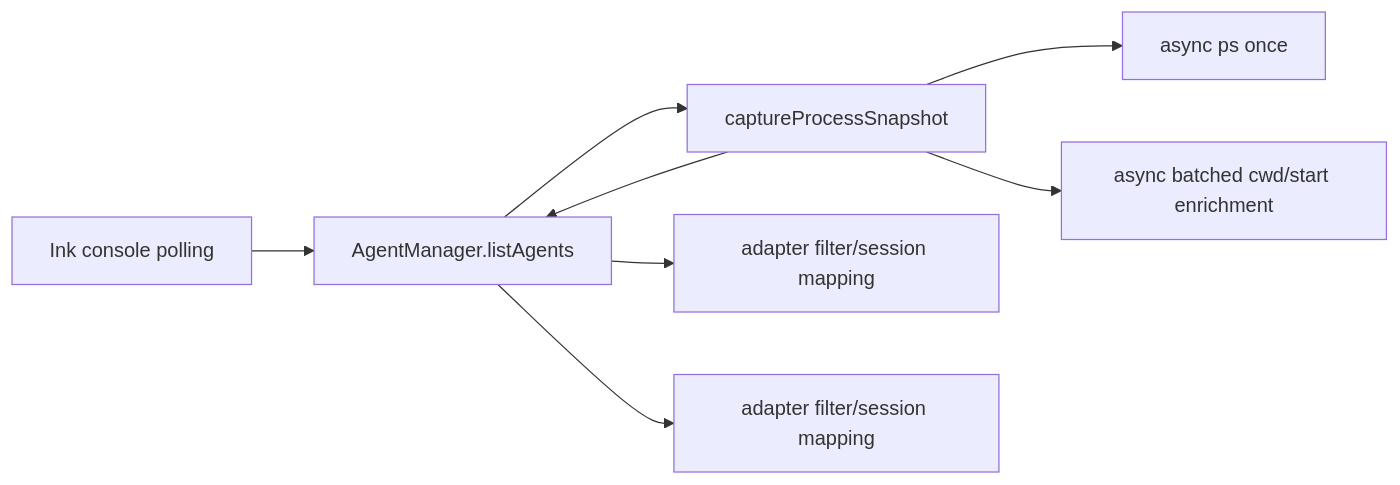
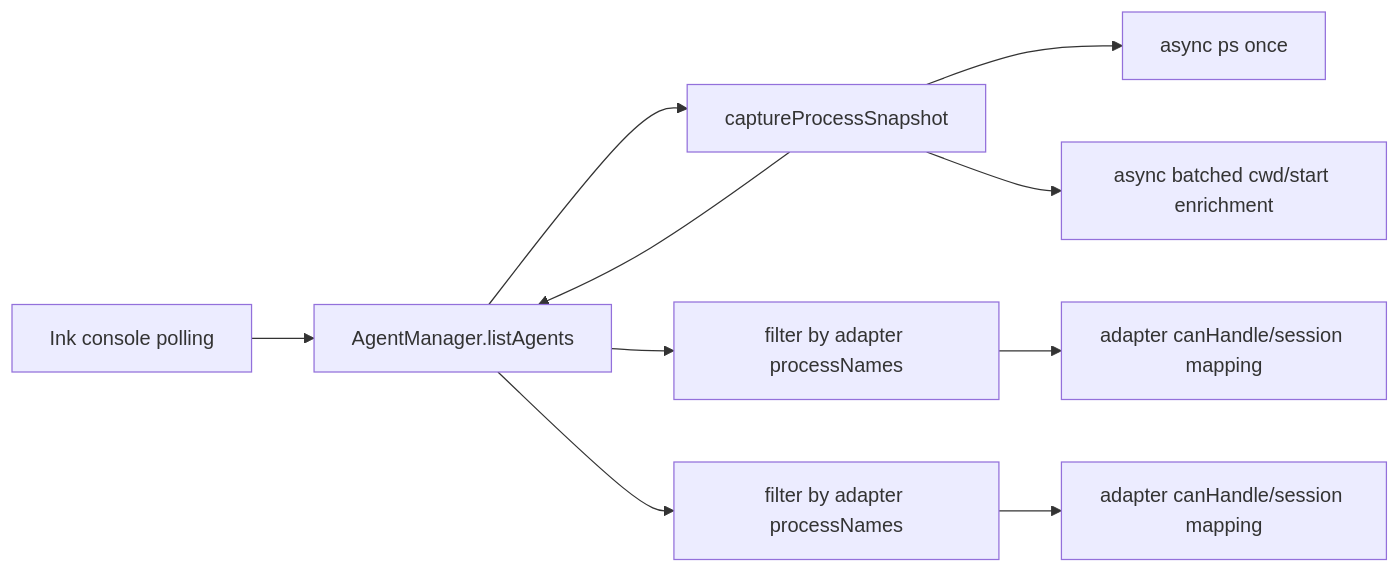
The diagram in docs/ai/design/2026-08-14-feature-console-main-thread-responsiveness.md (codeaholicguy/ai-devkit), drawn with Mermaid before and after one commit. The commit also changed other lines of this file and 22 other files, not shown here.

Commit message:
fix(agent-manager): scope shared process snapshots

````diff
--- a/docs/ai/design/2026-08-14-feature-console-main-thread-responsiveness.md
+++ b/docs/ai/design/2026-08-14-feature-console-main-thread-responsiveness.md
@@ -11,10 +11,12 @@
 ```mermaid
 flowchart LR
     Console[Ink console polling] --> Manager[AgentManager.listAgents]
     Manager --> Snapshot[captureProcessSnapshot]
     Snapshot --> PS[async ps once]
     Snapshot --> Enrich[async batched cwd/start enrichment]
-    Manager --> A1[adapter filter/session mapping]
-    Manager --> A2[adapter filter/session mapping]
+    Manager --> F1[filter by adapter processNames]
+    Manager --> F2[filter by adapter processNames]
+    F1 --> A1[adapter canHandle/session mapping]
+    F2 --> A2[adapter canHandle/session mapping]
     Snapshot --> Manager
 ```
````
